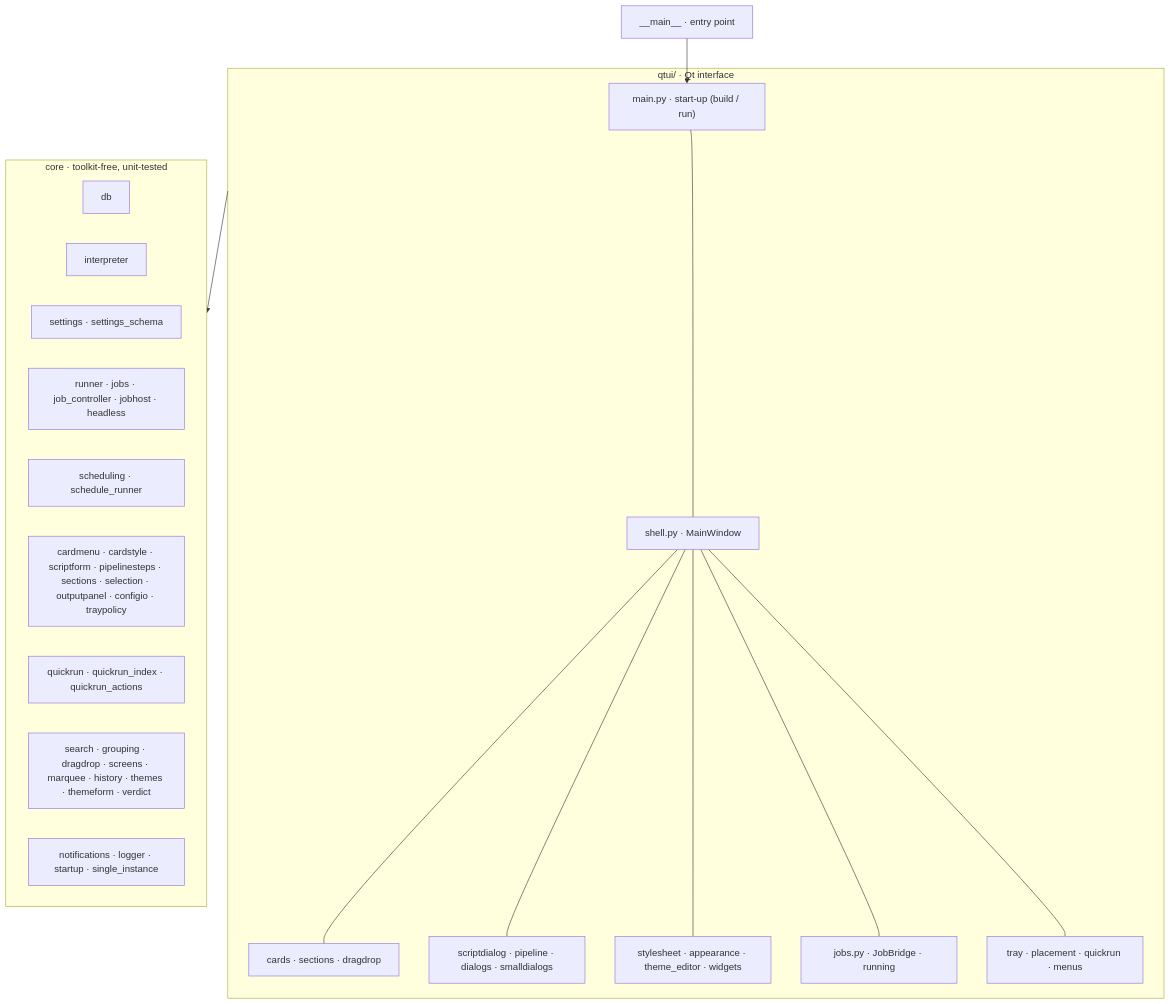
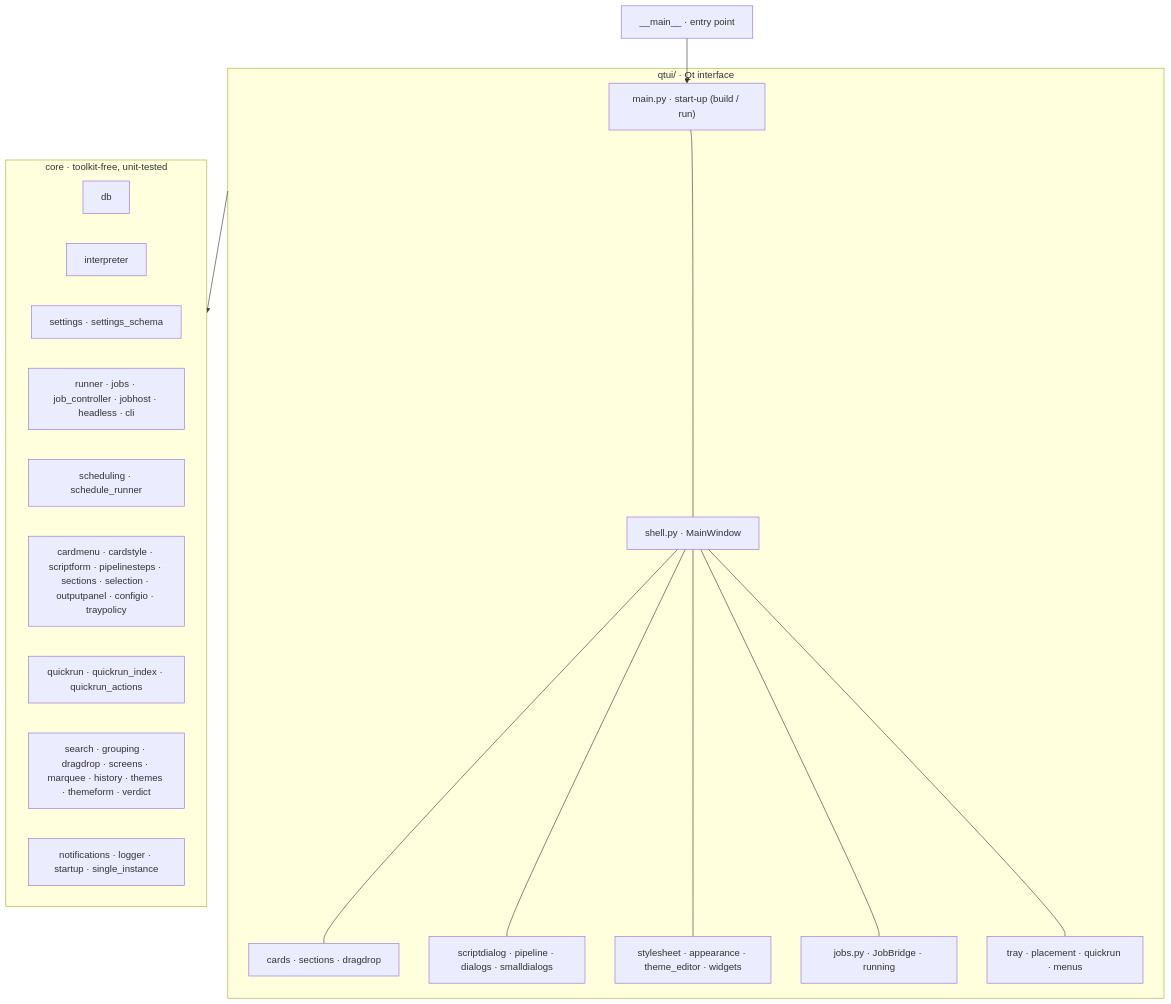
One commit to lqvu-zen/RYOS changed the diagram in docs/ARCHITECTURE.md. Above: the diagram before and after it, drawn with Mermaid. The commit also changed other lines of this file and 13 other files, not shown here.

````diff
--- a/docs/ARCHITECTURE.md
+++ b/docs/ARCHITECTURE.md
@@ -8,34 +8,34 @@
 ```mermaid
 flowchart TD
     main["__main__ · entry point"] --> qtmain
 
     subgraph ui["qtui/ · Qt interface"]
         qtmain["main.py · start-up (build / run)"]
         shell["shell.py · MainWindow"]
         cards["cards · sections · dragdrop"]
         dialogs["scriptdialog · pipeline · dialogs · smalldialogs"]
         look["stylesheet · appearance · theme_editor · widgets"]
         bridge["jobs.py · JobBridge · running"]
         tray["tray · placement · quickrun · menus"]
         qtmain --- shell
         shell --- cards
         shell --- dialogs
         shell --- look
         shell --- bridge
         shell --- tray
     end
 
     subgraph core["core · toolkit-free, unit-tested"]
         db["db"]
         interpreter["interpreter"]
         settings["settings · settings_schema"]
-        run["runner · jobs · job_controller · jobhost · headless"]
+        run["runner · jobs · job_controller · jobhost · headless · cli"]
         sched["scheduling · schedule_runner"]
         rules["cardmenu · cardstyle · scriptform · pipelinesteps · sections · selection · outputpanel · configio · traypolicy"]
         quickrun["quickrun · quickrun_index · quickrun_actions"]
         misc["search · grouping · dragdrop · screens · marquee · history · themes · themeform · verdict"]
         infra["notifications · logger · startup · single_instance"]
     end
 
     ui --> core
 ```
````
